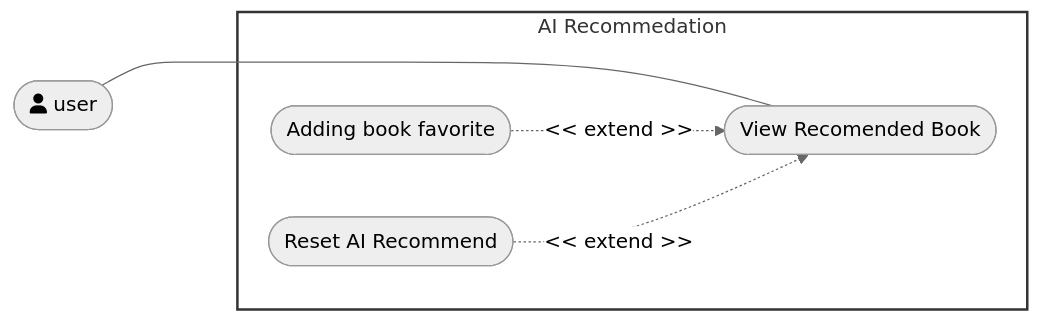
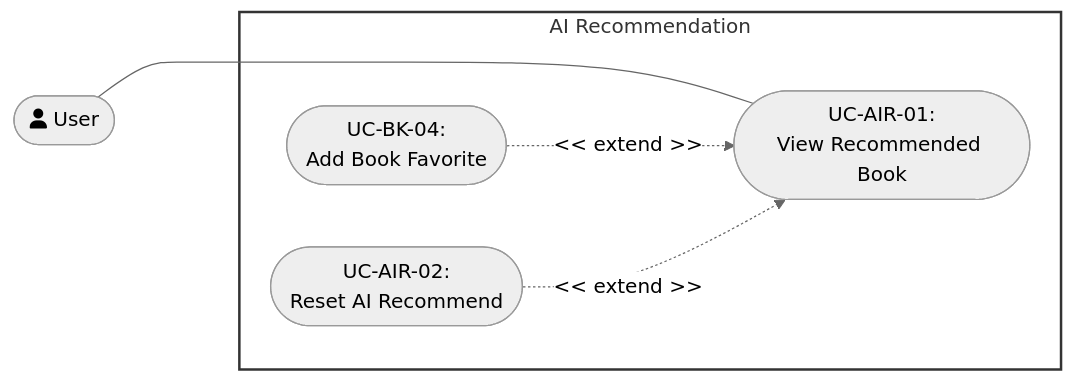
The seventh of 9 diagrams in docs/management/PA3/Use-CaseDiagram.md (DuyNhat1705/AmeThyst-Library), drawn with Mermaid (neutral theme) before and after one commit. The commit also changed other lines of this file and 67 other files, not shown here.

Commit message:
update the Usecase specification and diagram

````diff
--- a/docs/management/PA3/Use-CaseDiagram.md
+++ b/docs/management/PA3/Use-CaseDiagram.md
@@ -315,14 +313,14 @@
 ```mermaid
 flowchart LR
- subgraph AIRecommendation["AI Recommedation"]
-        UC1(["Adding book favorite"])
-        UC2(["View Recomended Book"])
-        UC3(["Reset AI Recommend"])
+ subgraph AIRecommendation["AI Recommendation"]
+        UC1(["UC-BK-04:<br>Add Book Favorite"])
+        UC2(["UC-AIR-01:<br>View Recommended Book"])
+        UC3(["UC-AIR-02:<br>Reset AI Recommend"])
   end
-    ActorUser(["user"]) ~~~~ AIRecommendation 
-    ActorUser(["fa:fa-user user"]) --- UC2
+    ActorUser(["fa:fa-user User"]) ~~~~ AIRecommendation 
+    ActorUser --- UC2
     UC1 -. &lt;&lt; extend &gt;&gt; .-> UC2
     UC3 -. &lt;&lt; extend &gt;&gt; .-> UC2
 
     style AIRecommendation fill:#fff,stroke:#333,stroke-width:2px
 ```
````
